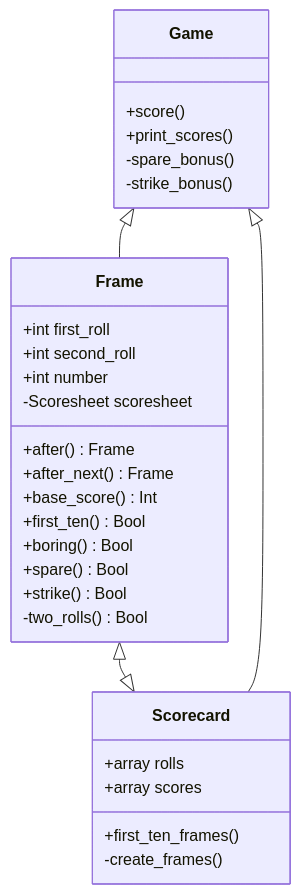
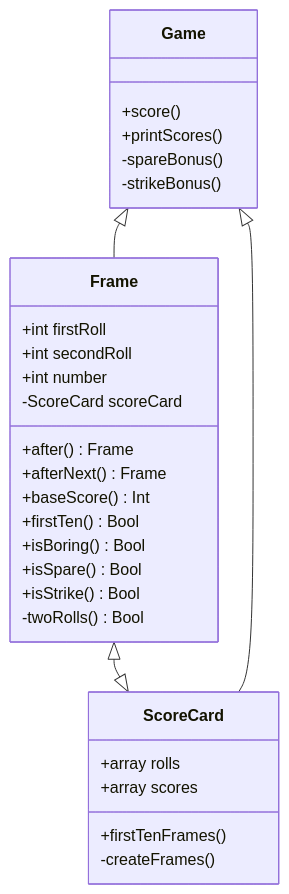
The diagram in CLASSES.md (makersacademy/bowling-challenge), drawn with Mermaid before and after one commit. The commit also changed 1 other file, not shown here.

Commit message:
Updating class diagram to use camel case names

````diff
--- a/CLASSES.md
+++ b/CLASSES.md
@@ -1,38 +1,38 @@
 ```mermaid 
  classDiagram
       class Frame{
-          +int first_roll
-          +int second_roll
+          +int firstRoll
+          +int secondRoll
           +int number
-          -Scoresheet scoresheet
+          -ScoreCard scoreCard
           
           +after() Frame
-          +after_next() Frame
-          +base_score() Int
-          +first_ten() Bool
-          +boring() Bool
-          +spare() Bool
-          +strike() Bool
+          +afterNext() Frame
+          +baseScore() Int
+          +firstTen() Bool
+          +isBoring() Bool
+          +isSpare() Bool
+          +isStrike() Bool
 
-          -two_rolls() Bool
+          -twoRolls() Bool
       }
 
-      class Scorecard{
+      class ScoreCard{
           +array rolls
           +array scores
 
-          +first_ten_frames()
-          -create_frames()
+          +firstTenFrames()
+          -createFrames()
       }
 
       class Game{
         +score()
-        +print_scores()
-        -spare_bonus()
-        -strike_bonus()
+        +printScores()
+        -spareBonus()
+        -strikeBonus()
       }
 
-      Frame <|--|> Scorecard
+      Frame <|--|> ScoreCard
       Game <|-- Frame
-      Game <|-- Scorecard
+      Game <|-- ScoreCard
 ```
````
